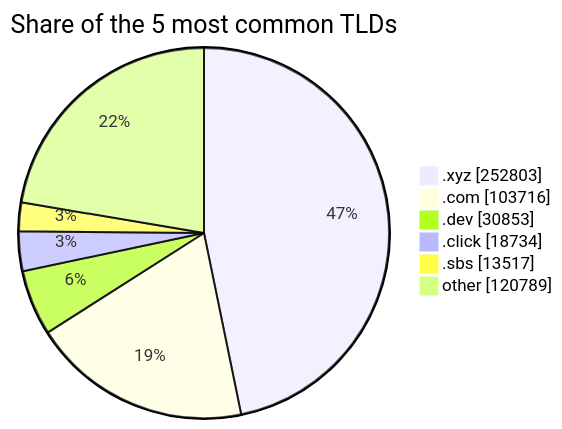
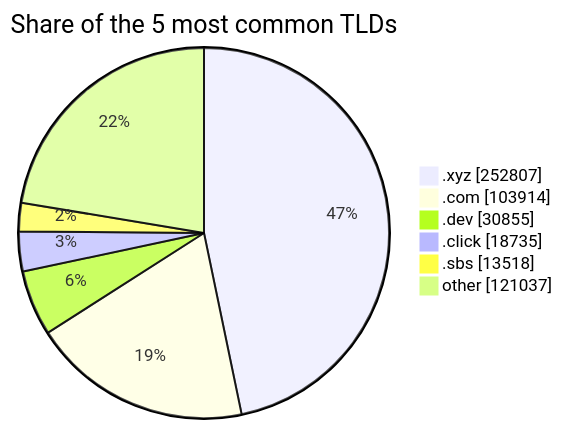
The third of 3 diagrams in README.md (DNSBunker/CTI), drawn with Mermaid before and after one commit. The commit also changed other lines of this file and 3 other files, not shown here.

````diff
--- a/README.md
+++ b/README.md
@@ -81,9 +81,9 @@
 ```mermaid
 pie showData title Share of the 5 most common TLDs
-    ".xyz" : 252803
-    ".com" : 103716
-    ".dev" : 30853
-    ".click" : 18734
-    ".sbs" : 13517
-    "other" : 120789
+    ".xyz" : 252807
+    ".com" : 103914
+    ".dev" : 30855
+    ".click" : 18735
+    ".sbs" : 13518
+    "other" : 121037
 ```
````
